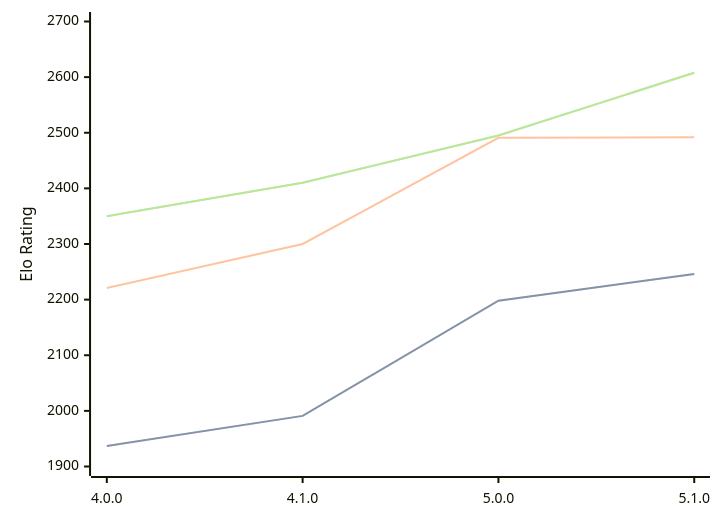
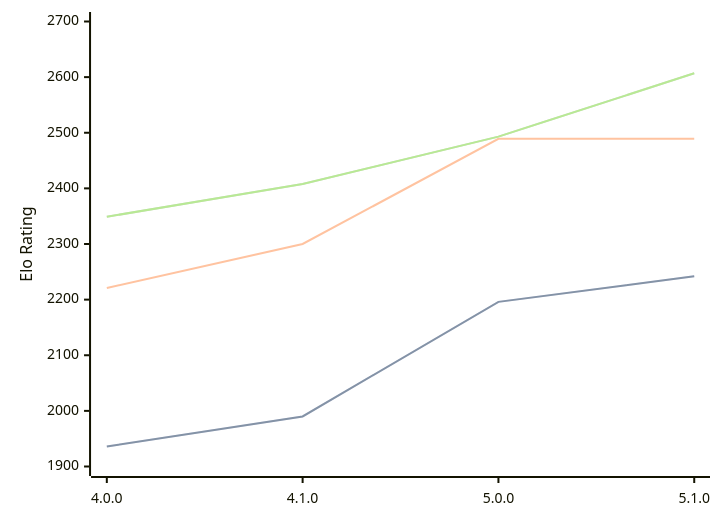
The diagram in engines/Aconcagua.md (computer-chess-index/cci), drawn with Mermaid before and after one commit. The commit also changed other lines of this file, not shown here.

Commit message:
Update CCI Ratings (ELO VLTC) - 2026-04-27

````diff
--- a/engines/Aconcagua.md
+++ b/engines/Aconcagua.md
@@ -43,11 +43,11 @@
 ```mermaid
 %%{init: {"theme":"base","themeVariables":{"seriesColors:['#a3a3a3','#222221','#faa371']}}}%%
 xychart-beta
   x-axis ["4.0.0", "4.1.0", "5.0.0", "5.1.0"]
   y-axis "Elo Rating" 1900 --> 2700
-  line "STC (8.0+0.08s)" [1937, 1991, 2198, 2246]
-  line "STC (8.0+0.08s)" [1937, 1991, 2198, 2246]
-  line "LTC (60.0+0.60s)" [2221, 2300, 2491, 2492]
-  line "VLTC (2m24s+1.12s)" [2350, 2410, 2495, 2608]
-  line "VLTC (2m24s+1.12s)" [2350, 2410, 2495, 2608]
+  line "STC (8.0+0.08s)" [1936, 1990, 2196, 2242]
+  line "STC (8.0+0.08s)" [1936, 1990, 2196, 2242]
+  line "LTC (60.0+0.60s)" [2221, 2300, 2489, 2489]
+  line "VLTC (2m24s+1.12s)" [2349, 2408, 2493, 2607]
+  line "VLTC (2m24s+1.12s)" [2349, 2408, 2493, 2607]
 ```
````
